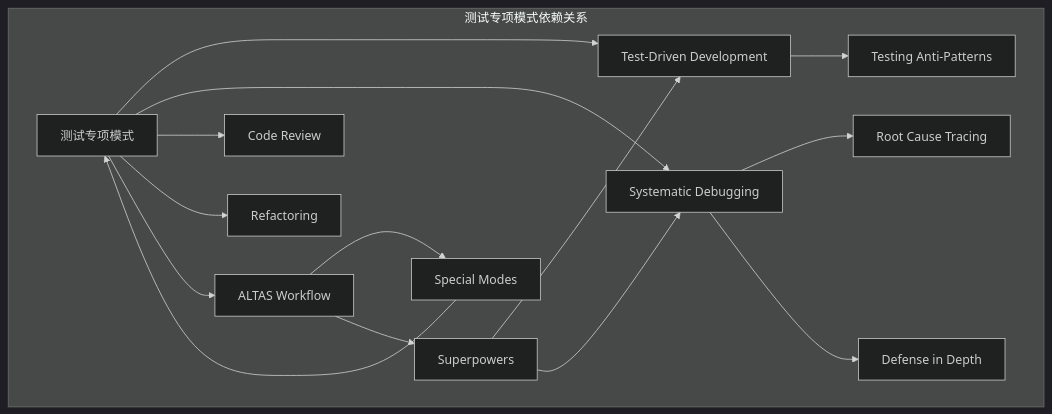
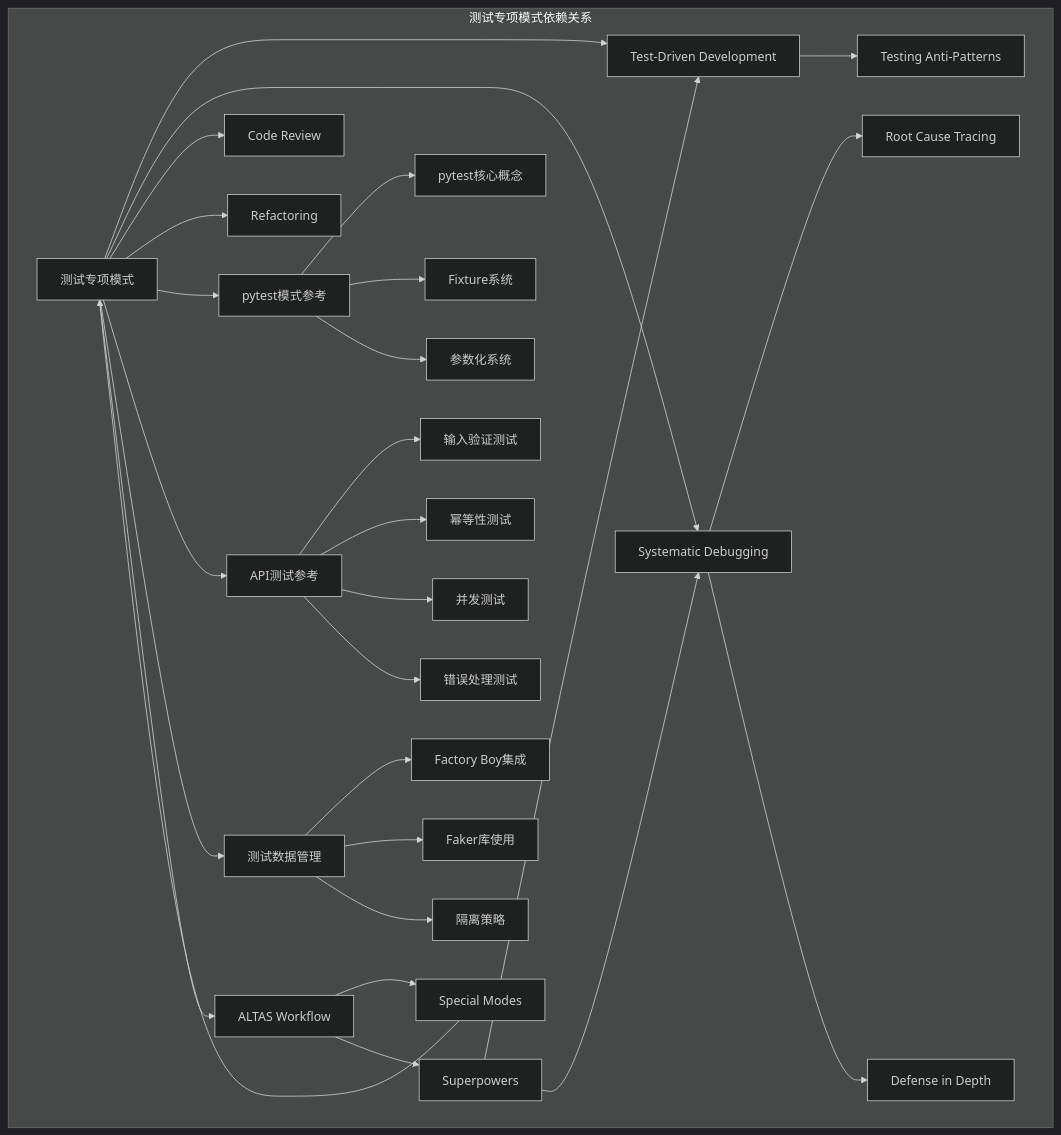
One commit to AngelWings1997/altas changed diagram 15 of 18 in .qoder/repowiki/zh/content/测试专项模式.md. Above: the diagram before and after it, drawn with Mermaid (dark theme). The commit also changed other lines of this file and 25 other files, not shown here.

````diff
--- a/.qoder/repowiki/zh/content/测试专项模式.md
+++ b/.qoder/repowiki/zh/content/测试专项模式.md
@@ -317,18 +389,31 @@
 ```mermaid
 graph TB
 subgraph "测试专项模式依赖关系"
 TestMode[测试专项模式] --> TDD[Test-Driven Development]
 TestMode --> Debug[Systematic Debugging]
 TestMode --> Review[Code Review]
 TestMode --> Refactor[Refactoring]
+TestMode --> PytestPatterns[pytest模式参考]
+TestMode --> APITesting[API测试参考]
+TestMode --> TestDataManagement[测试数据管理]
+PytestPatterns --> PytestCore[pytest核心概念]
+PytestPatterns --> FixtureSystem[Fixture系统]
+PytestPatterns --> ParametrizeSystem[参数化系统]
+APITesting --> ValidationTests[输入验证测试]
+APITesting --> IdempotencyTests[幂等性测试]
+APITesting --> ConcurrencyTests[并发测试]
+APITesting --> ErrorHandlingTests[错误处理测试]
+TestDataManagement --> FactoryBoy[Factory Boy集成]
+TestDataManagement --> Faker[Faker库使用]
+TestDataManagement --> IsolationStrategies[隔离策略]
 TDD --> AntiPatterns[Testing Anti-Patterns]
 Debug --> RootCause[Root Cause Tracing]
 Debug --> Defense[Defense in Depth]
 TestMode --> Workflow[ALTAS Workflow]
 Workflow --> SpecialModes[Special Modes]
 Workflow --> Superpowers[Superpowers]
 SpecialModes --> TestMode
 Superpowers --> TDD
 Superpowers --> Debug
 end
 ```
````
